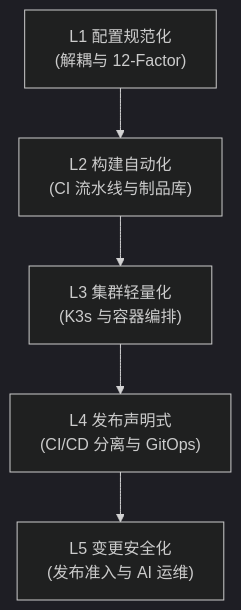
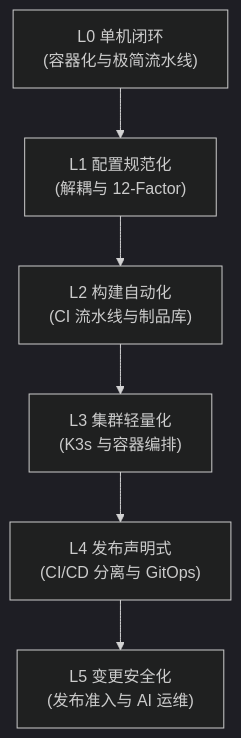
One commit to xiaolinstar/xiaolin-docs changed the diagram in docs/sre/devops/cicd/progressive-devops-intro.md. Above: the diagram before and after it, drawn with Mermaid (dark theme). The commit also changed other lines of this file and 67 other files, not shown here.

````diff
--- a/docs/sre/devops/cicd/progressive-devops-intro.md
+++ b/docs/sre/devops/cicd/progressive-devops-intro.md
@@ -31,7 +28,8 @@
 ```mermaid
 graph TD
-    L1["L1 配置规范化<br/>(解耦与 12-Factor)"] --> L2["L2 构建自动化<br/>(CI 流水线与制品库)"]
+    L0["L0 单机闭环<br/>(容器化与极简流水线)"] --> L1["L1 配置规范化<br/>(解耦与 12-Factor)"]
+    L1 --> L2["L2 构建自动化<br/>(CI 流水线与制品库)"]
     L2 --> L3["L3 集群轻量化<br/>(K3s 与容器编排)"]
     L3 --> L4["L4 发布声明式<br/>(CI/CD 分离与 GitOps)"]
     L4 --> L5["L5 变更安全化<br/>(发布准入与 AI 运维)"]
 ```
````
